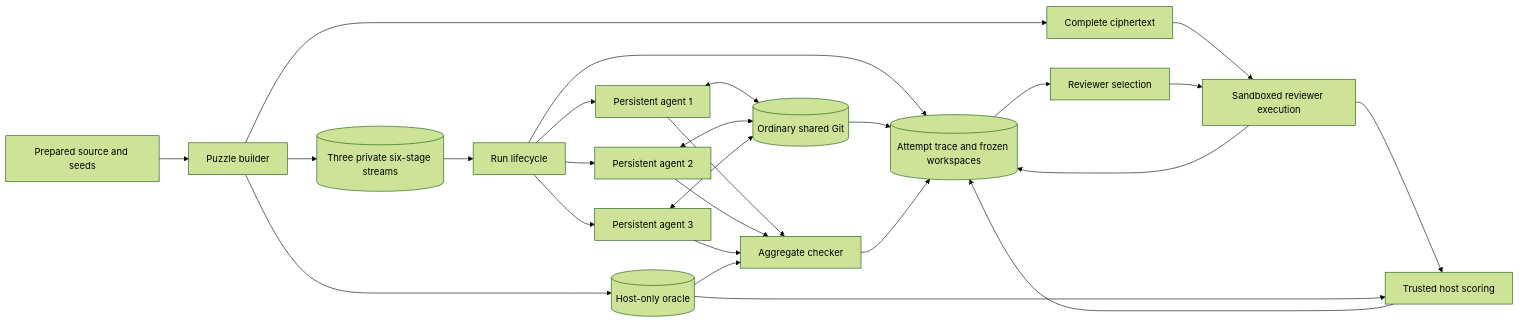
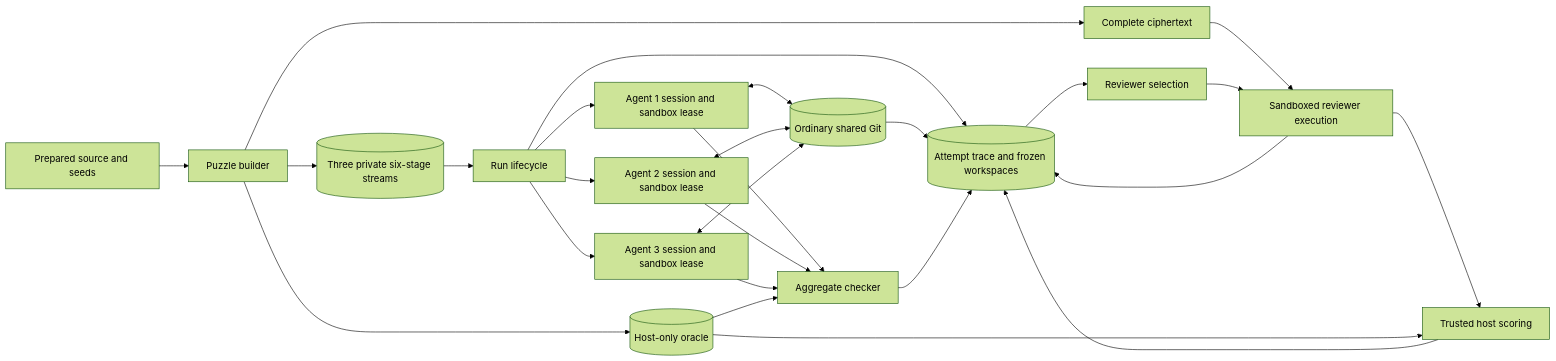
Before and after one commit to shubsharan/palimpsest: the diagram in docs/architecture.md, drawn with Mermaid (forest theme). The commit also changed other lines of this file and 21 other files, not shown here.

Commit message:
Define agent sandbox lease lifecycle

````diff
--- a/docs/architecture.md
+++ b/docs/architecture.md
@@ -23,33 +23,33 @@
 ```mermaid
 flowchart LR
     SOURCE["Prepared source and seeds"] --> BUILD["Puzzle builder"]
     BUILD --> ORACLE[("Host-only oracle")]
     BUILD --> STREAMS[("Three private six-stage streams")]
     BUILD --> FULL["Complete ciphertext"]
 
-    RUN["Run lifecycle"] --> A1["Persistent agent 1"]
-    RUN --> A2["Persistent agent 2"]
-    RUN --> A3["Persistent agent 3"]
+    RUN["Run lifecycle"] --> A1["Agent 1 session and sandbox lease"]
+    RUN --> A2["Agent 2 session and sandbox lease"]
+    RUN --> A3["Agent 3 session and sandbox lease"]
     STREAMS --> RUN
 
     A1 <--> GIT[("Ordinary shared Git")]
     A2 <--> GIT
     A3 <--> GIT
 
     A1 --> CHECK["Aggregate checker"]
     A2 --> CHECK
     A3 --> CHECK
     ORACLE --> CHECK
 
     RUN --> TRACE[("Attempt trace and frozen workspaces")]
     GIT --> TRACE
     CHECK --> TRACE
 
     TRACE --> REVIEW["Reviewer selection"]
     FULL --> EXEC["Sandboxed reviewer execution"]
     REVIEW --> EXEC
     EXEC --> SCORE["Trusted host scoring"]
     ORACLE --> SCORE
     EXEC --> TRACE
     SCORE --> TRACE
 ```
````
